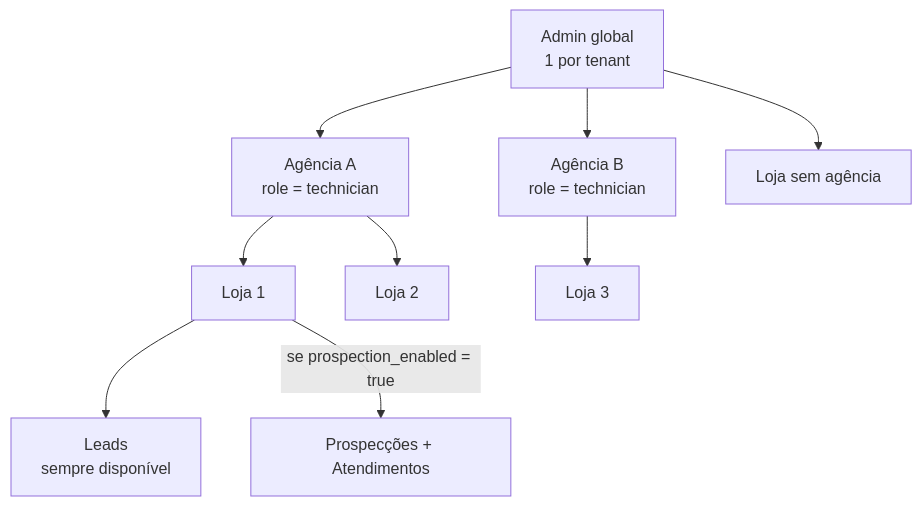
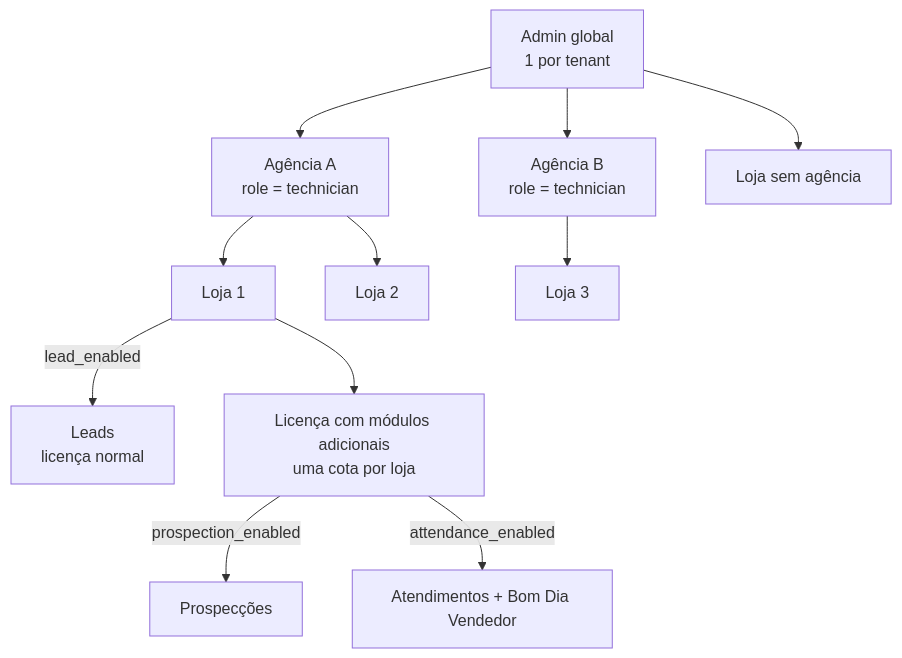
One commit to Jmxxp/lead-control- changed the second of 6 diagrams in docs/DOCUMENTACAO_COMPLETA_PROJETO.md. Above: the diagram before and after it, drawn with Mermaid. The commit also changed other lines of this file and 9 other files, not shown here.

````diff
--- a/docs/DOCUMENTACAO_COMPLETA_PROJETO.md
+++ b/docs/DOCUMENTACAO_COMPLETA_PROJETO.md
@@ -79,11 +79,13 @@
 ```mermaid
 flowchart TD
     ADMIN[Admin global<br/>1 por tenant] --> A1[Agência A<br/>role = technician]
     ADMIN --> A2[Agência B<br/>role = technician]
     ADMIN --> SD[Loja sem agência]
     A1 --> L1[Loja 1]
     A1 --> L2[Loja 2]
     A2 --> L3[Loja 3]
-    L1 --> BASE[Leads<br/>sempre disponível]
-    L1 -->|se prospection_enabled = true| EXTRA[Prospecções + Atendimentos]
+    L1 -->|lead_enabled| BASE[Leads<br/>licença normal]
+    L1 --> EXTRA[Licença com módulos adicionais<br/>uma cota por loja]
+    EXTRA -->|prospection_enabled| PROS[Prospecções]
+    EXTRA -->|attendance_enabled| ATT[Atendimentos + Bom Dia Vendedor]
 ```
````
